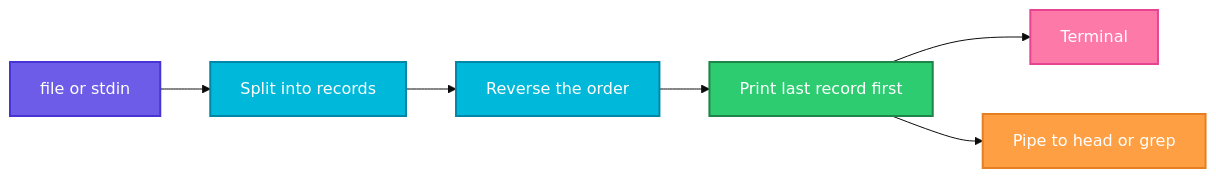
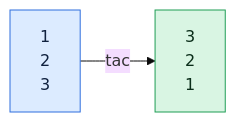
Before and after one commit to codeKerdosTech/DevOps-Documentation: the diagram in linux/text-processing/tac.md, drawn with Mermaid (base theme). The commit also changed other lines of this file and 165 other files, not shown here.

Commit message:
updated diagrams in linux

````diff
--- a/linux/text-processing/tac.md
+++ b/linux/text-processing/tac.md
@@ -14,20 +14,11 @@
 ```mermaid
 flowchart LR
-    A[file or stdin] --> B[Split into records]
-    B --> C[Reverse the order]
-    C --> D[Print last record first]
-    D --> E[Terminal]
-    D --> F[Pipe to head or grep]
-    classDef start fill:#6C5CE7,stroke:#4834D4,stroke-width:2px,color:#fff
-    classDef proc fill:#00B8D9,stroke:#0087A8,stroke-width:2px,color:#fff
-    classDef dec fill:#FFC312,stroke:#E1A100,stroke-width:2px,color:#222
-    classDef ok fill:#2ECC71,stroke:#1E8449,stroke-width:2px,color:#fff
-    classDef err fill:#FF4757,stroke:#C0392B,stroke-width:2px,color:#fff
-    classDef out fill:#FD79A8,stroke:#E84393,stroke-width:2px,color:#fff
-    classDef alt fill:#FF9F43,stroke:#E67E22,stroke-width:2px,color:#fff
-    class A start
-    class B,C proc
-    class D ok
-    class E out
-    class F alt
+    i1[1<br/>2<br/>3] -->|tac| o1[3<br/>2<br/>1]
+    classDef inp fill:#DCEBFF,stroke:#2F6FDE,color:#10213F
+    classDef cmd fill:#FFF0C2,stroke:#C98A00,color:#3A2A00
+    classDef out fill:#D9F5E3,stroke:#1F9D55,color:#0B2E1A
+    classDef bad fill:#FDE0E0,stroke:#D13B3B,color:#4A0F0F
+    classDef note fill:#ECEFF3,stroke:#7B8794,color:#1F2933
+    class i1 inp
+    class o1 out
 ```
````
